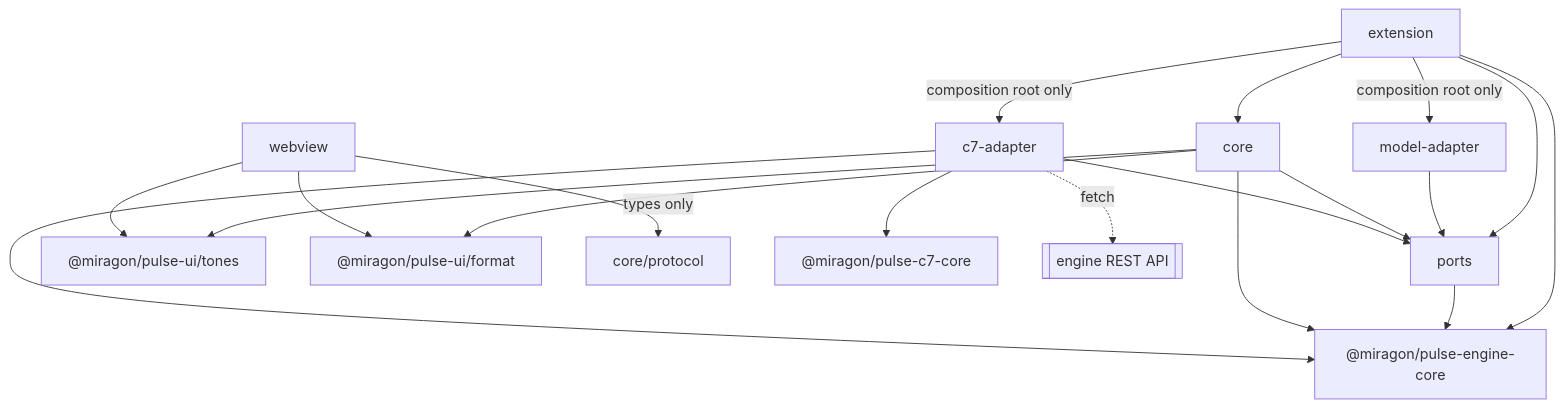
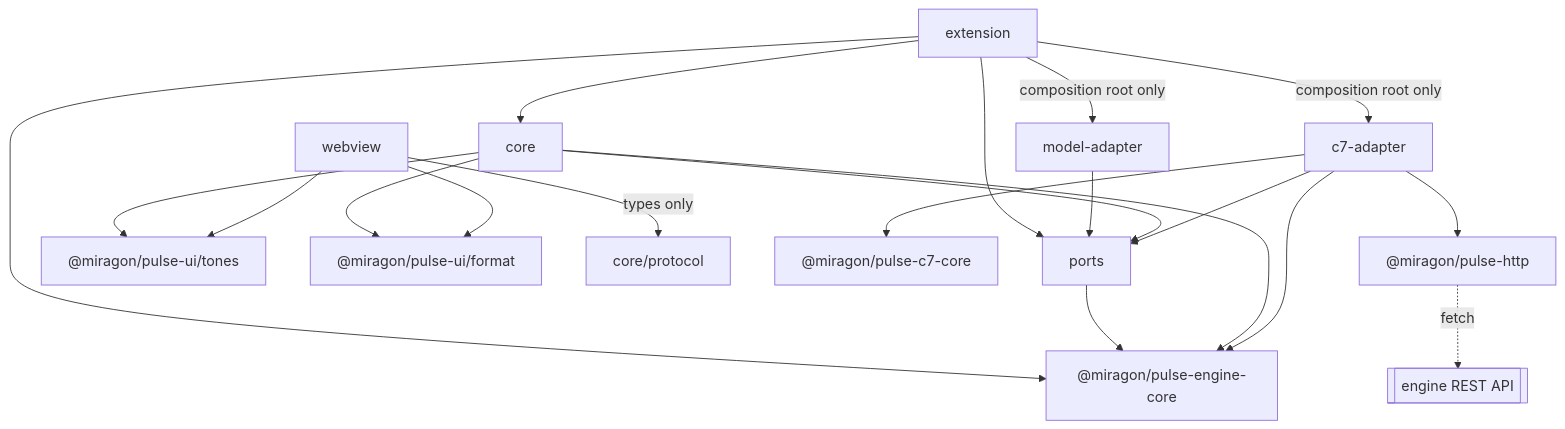
The first of 2 diagrams in apps/vscode/docs/adr/architecture.md (Miragon/pulse), drawn with Mermaid before and after one commit. The commit also changed other lines of this file, not shown here.

Commit message:
docs(vscode): the architecture ADR names the C7 adapter's transport
Since fix(c7): the C7 adapter sends through @miragon/pulse-http, the adapter's wire
(src/engine-rest/http) sends every engine request through @miragon/pulse-http, and the adapter's
closed world admits its main entry there. apps/vscode/docs/adr/architecture.md still drew the
adapter fetching the engine REST API itself and left the transport out of the adapter's list of
packages per layer. The diagram now routes the adapter through @miragon/pulse-http, and the list
names it (main entry only, from src/engine-rest/http). Found by the independent check of that
step; no gate reads these lines.

````diff
--- a/apps/vscode/docs/adr/architecture.md
+++ b/apps/vscode/docs/adr/architecture.md
@@ -47,21 +47,22 @@
 ```mermaid
 flowchart TB
   extension --> core
   extension --> ports
   extension --> engineCore["@miragon/pulse-engine-core"]
   extension -- composition root only --> adapterC7[c7-adapter]
   extension -- composition root only --> modelAdapter[model-adapter]
   ports --> engineCore
   modelAdapter --> ports
   core --> ports
   core --> engineCore
   core --> tones["@miragon/pulse-ui/tones"]
   core --> format["@miragon/pulse-ui/format"]
   webview -- types only --> protocol[core/protocol]
   webview --> tones
   webview --> format
   adapterC7 --> ports
   adapterC7 --> engineCore
   adapterC7 --> c7core["@miragon/pulse-c7-core"]
-  adapterC7 -. "fetch" .-> rest[[engine REST API]]
+  adapterC7 --> http["@miragon/pulse-http"]
+  http -. "fetch" .-> rest[[engine REST API]]
 ```
````
